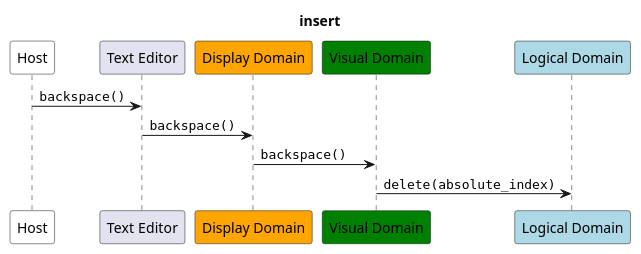
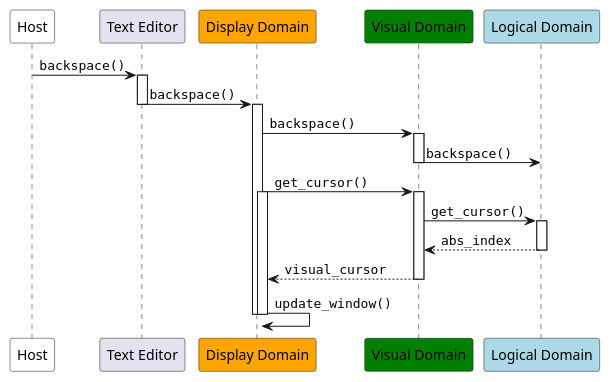
Before and after one commit to JoeRittiner/TextEngine: the diagram in docs/source/specs/architecture/diagrams/seq_backspace.puml, drawn with PlantUML. The commit also changed 12 other files, not shown here.

First line of the commit message:
doc: Update the index and main diagrams.

```diff
--- a/docs/source/specs/architecture/diagrams/seq_backspace.puml
+++ b/docs/source/specs/architecture/diagrams/seq_backspace.puml
@@ -1,20 +1,32 @@
 @startuml
-
-title insert
 
 participant Host as App #white
 participant "Text Editor" as Facade
 participant "Display Domain" as DD #orange
 participant "Visual Domain" as VD #green
 participant "Logical Domain" as LD #lightblue
 
 
 App -> Facade : ""backspace()""
+activate Facade
 Facade -> DD : ""backspace()""
+deactivate Facade
+activate DD
 DD -> VD : ""backspace()""
-VD -> LD : ""delete(absolute_index)""
+activate VD
+VD -> LD : ""backspace()""
+deactivate VD
 
+DD -> VD : ""get_cursor()""
+activate DD
+activate VD
+VD -> LD : ""get_cursor()""
+activate LD
+return ""abs_index""
+return ""visual_cursor""
+
+DD -> DD : ""update_window()""
+deactivate DD
 deactivate DD
 
-
 @enduml
```
